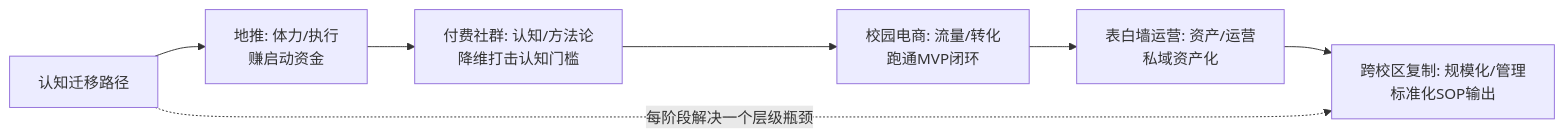
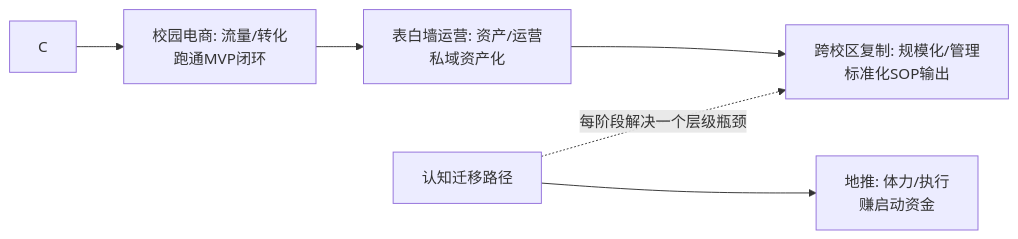
The tenth of 19 diagrams in docs/202303_paper2textbook/asset/body_fix_2a77581c5af5cacf2c736ac308a8f564_3cf5f28d6ee5ee42b85c8e2c18b9bac8_511abf36cee83a33a8e237d69215a3fd_b45ecdf777756e9875ab13be7b2caeb9.md (OpenDocCN1/flygon-zhuanqian-zhoubao), drawn with Mermaid before and after one commit. The commit also changed other lines of this file and 14991 other files, not shown here.

````diff
--- a/docs/202303_paper2textbook/asset/body_fix_2a77581c5af5cacf2c736ac308a8f564_3cf5f28d6ee5ee42b85c8e2c18b9bac8_511abf36cee83a33a8e237d69215a3fd_b45ecdf777756e9875ab13be7b2caeb9.md
+++ b/docs/202303_paper2textbook/asset/body_fix_2a77581c5af5cacf2c736ac308a8f564_3cf5f28d6ee5ee42b85c8e2c18b9bac8_511abf36cee83a33a8e237d69215a3fd_b45ecdf777756e9875ab13be7b2caeb9.md
@@ -596,10 +591,9 @@
 ```mermaid
 graph LR
     A[认知迁移路径] --> B[地推: 体力/执行<br/>赚启动资金]
-    B --> C[付费社群: 认知/方法论<br/>降维打击认知门槛]
     C --> D[校园电商: 流量/转化<br/>跑通MVP闭环]
     D --> E[表白墙运营: 资产/运营<br/>私域资产化]
     E --> F[跨校区复制: 规模化/管理<br/>标准化SOP输出]
     
     A -.->|每阶段解决一个层级瓶颈| F
 ```
````
